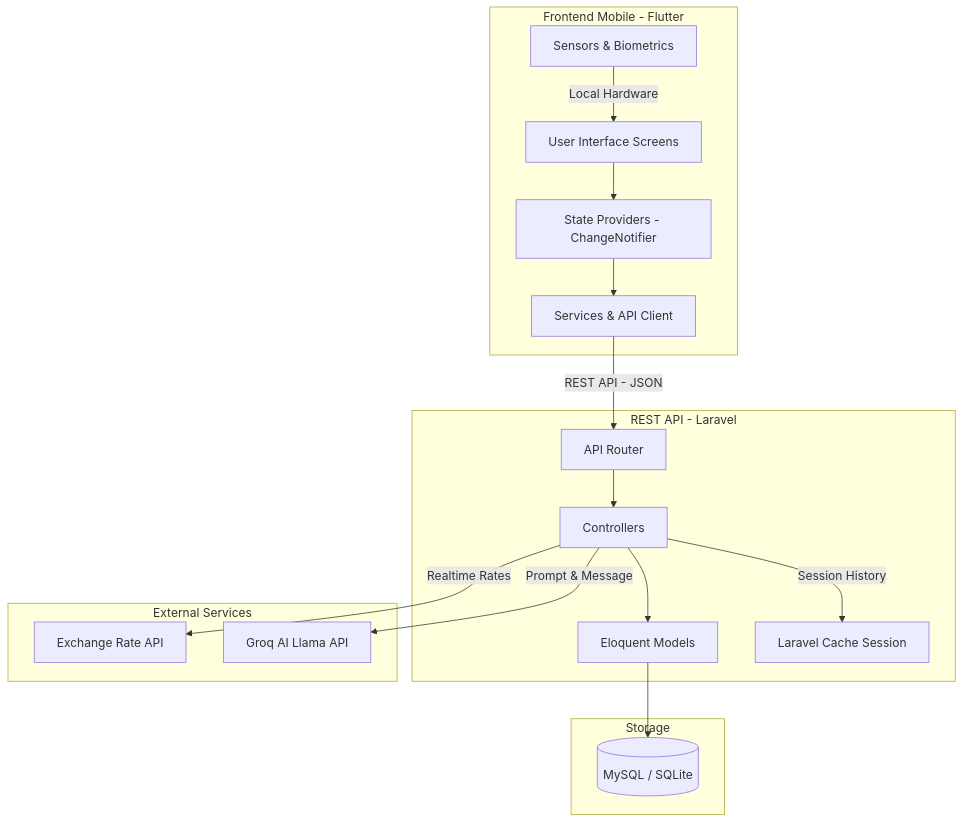
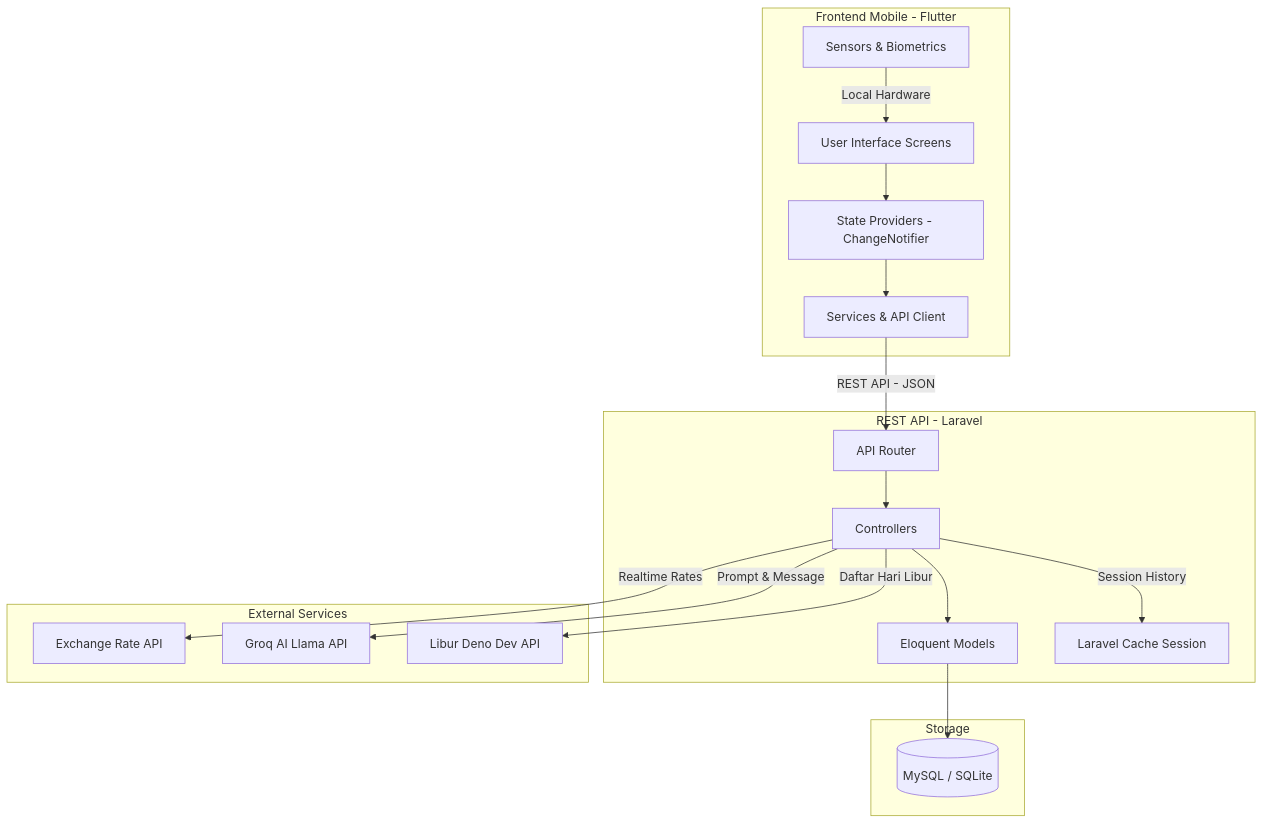
One commit to VincentiusCS/TPM_ERPAPP changed the diagram in docs/app_context.md. Above: the diagram before and after it, drawn with Mermaid. The commit also changed other lines of this file, not shown here.

Commit message:
docs: Add Libur Deno Dev API to system architecture

````diff
--- a/docs/app_context.md
+++ b/docs/app_context.md
@@ -28,36 +29,38 @@
 ```mermaid
 graph TD
     subgraph Client [Frontend Mobile - Flutter]
         UI[User Interface Screens]
         Prov[State Providers - ChangeNotifier]
         Serv[Services & API Client]
         Sens[Sensors & Biometrics]
     end
 
     subgraph Backend [REST API - Laravel]
         Route[API Router]
         Ctrl[Controllers]
         Mod[Eloquent Models]
         Cache[Laravel Cache Session]
     end
 
     subgraph Database [Storage]
         DB[(MySQL / SQLite)]
     end
 
     subgraph External [External Services]
         Exchange[Exchange Rate API]
         Groq[Groq AI Llama API]
+        Libur[Libur Deno Dev API]
     end
 
     UI --> Prov
     Prov --> Serv
     Serv -->|REST API - JSON| Route
     Sens -->|Local Hardware| UI
     Route --> Ctrl
     Ctrl --> Mod
     Ctrl -->|Realtime Rates| Exchange
     Ctrl -->|Prompt & Message| Groq
+    Ctrl -->|Daftar Hari Libur| Libur
     Ctrl -->|Session History| Cache
     Mod --> DB
 ```
````
